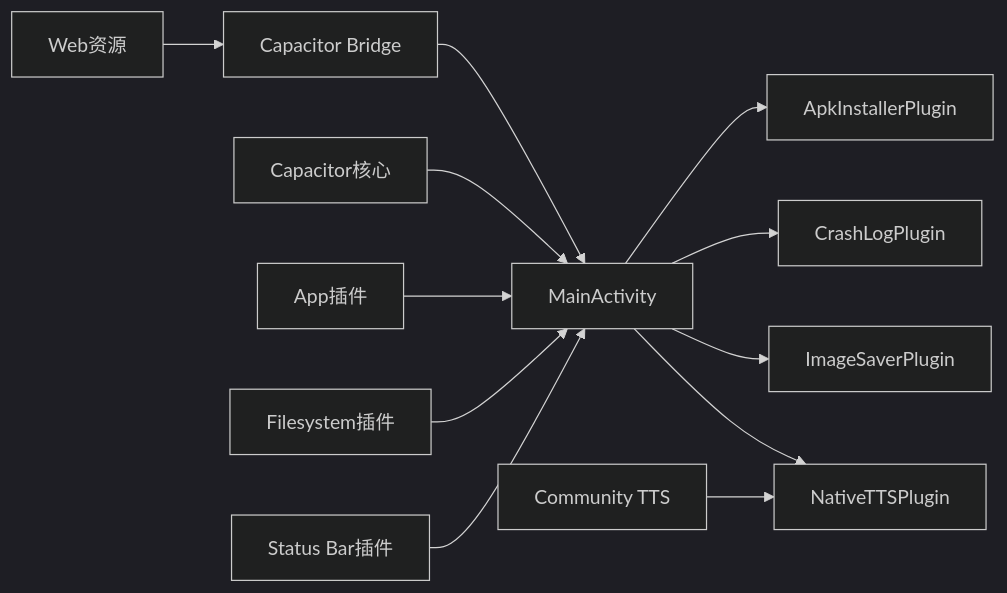
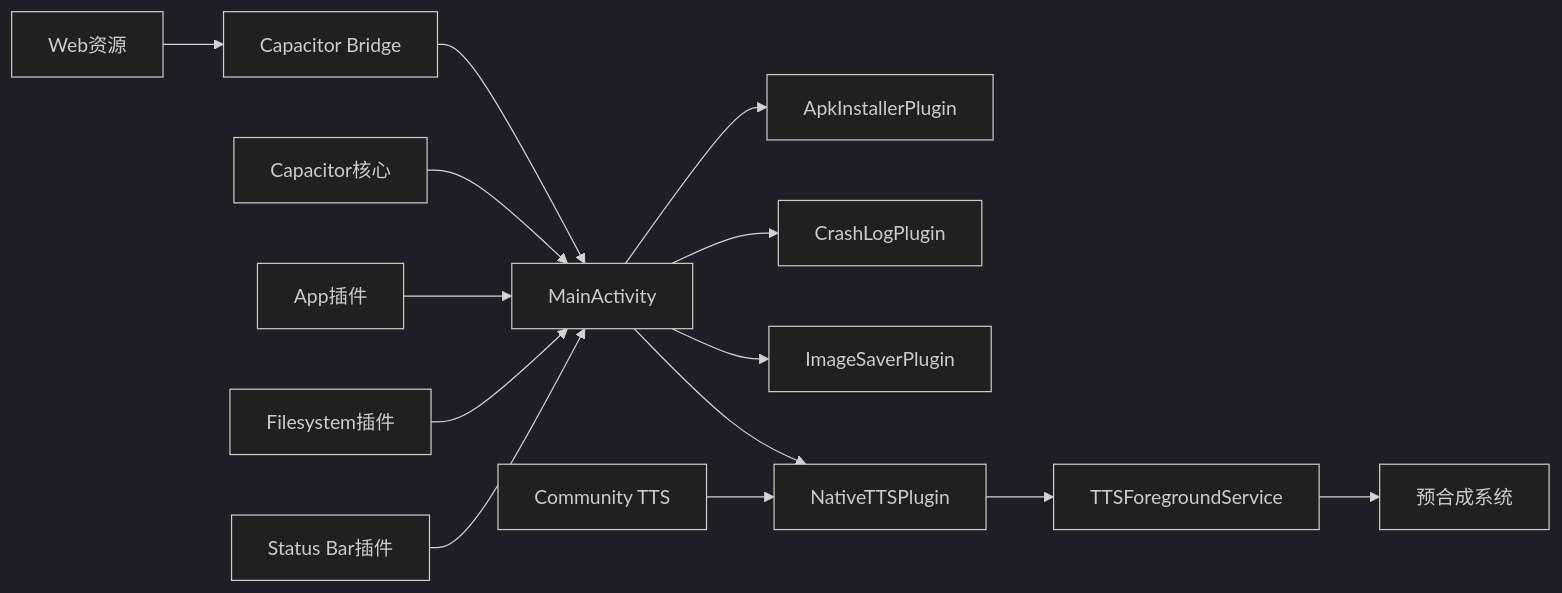
The tenth of 10 diagrams in .qoder/repowiki/zh/content/移动应用开发/移动应用开发.md (zhao-zg/cx), drawn with Mermaid (dark theme) before and after one commit. The commit also changed other lines of this file and 48 other files, not shown here.

````diff
--- a/.qoder/repowiki/zh/content/移动应用开发/移动应用开发.md
+++ b/.qoder/repowiki/zh/content/移动应用开发/移动应用开发.md
@@ -387,14 +463,16 @@
 ```mermaid
 graph LR
 WEB["Web资源"] --> BRIDGE["Capacitor Bridge"]
 BRIDGE --> MAINACT["MainActivity"]
 MAINACT --> APK["ApkInstallerPlugin"]
 MAINACT --> CRASH["CrashLogPlugin"]
 MAINACT --> IMG["ImageSaverPlugin"]
 MAINACT --> TTS["NativeTTSPlugin"]
 CAP["Capacitor核心"] --> MAINACT
 APP["App插件"] --> MAINACT
 FS["Filesystem插件"] --> MAINACT
 SB["Status Bar插件"] --> MAINACT
 CTTS["Community TTS"] --> TTS
+TTS --> SERVICE["TTSForegroundService"]
+SERVICE --> PRE_SYNTH["预合成系统"]
 ```
````
